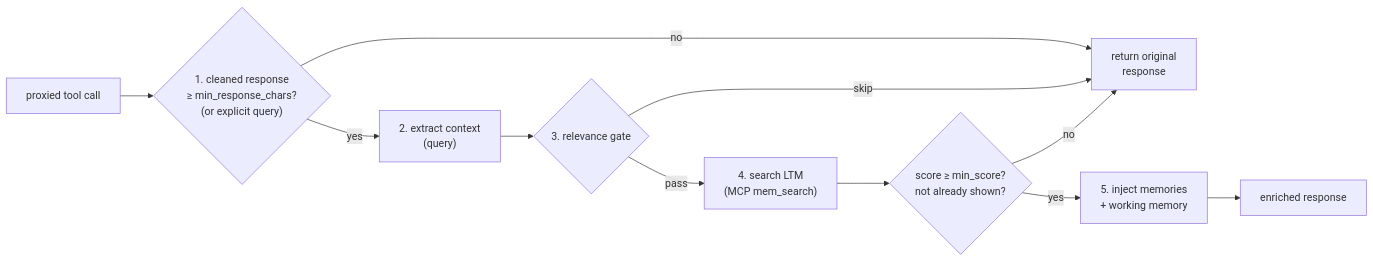
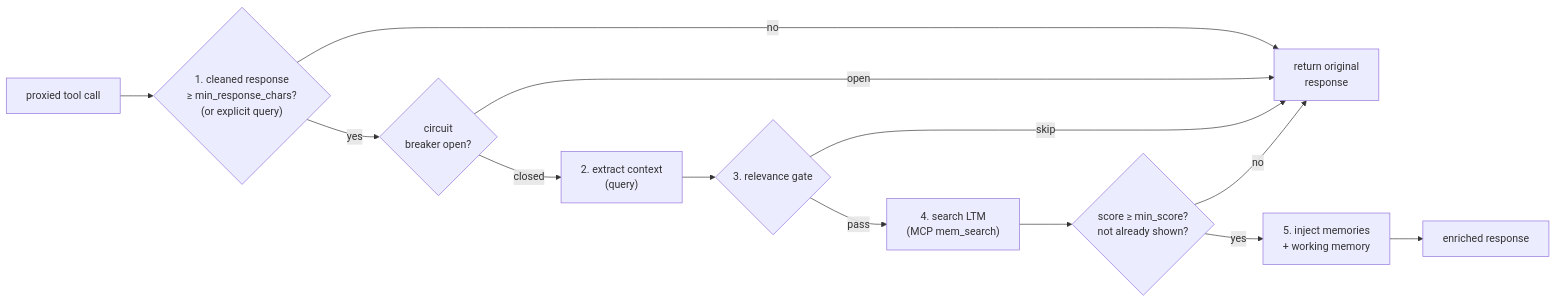
The first of 5 diagrams in docs/surfacing.md (memtomem/memtomem-stm), drawn with Mermaid before and after one commit. The commit also changed 1 other file, not shown here.

Commit message:
docs: de-tautologize template-bypass test + add circuit breaker to overview
Codex round-2 review of PR #679:

- test_query_template_does_not_bypass_short_response_gate used template
  "file {arg.path}" → "file /x.py", only two tokens. Under the default
  min_query_tokens=3 the extractor returns None, so the LTM search would
  not run even if extraction were wrongly moved ahead of the size gate —
  the assertion proved nothing. Switch to "file path {arg.path}" (three
  tokens) and add a long-response control asserting the SAME template DOES
  reach adapter.search, so the short-response skip is attributable to the
  size gate rather than token-floor validation.
- The overview flowchart jumped from the size gate straight to extraction,
  omitting the circuit-breaker stage that surface() checks in between. Add
  the circuit-breaker node so the overview matches the sequence diagram and
  the implementation ordering (size → circuit breaker → extract → gate →
  search).

🤖 Generated with [Claude Code](https://claude.com/claude-code)

````diff
--- a/docs/surfacing.md
+++ b/docs/surfacing.md
@@ -17,13 +17,15 @@
 ```mermaid
 flowchart LR
     Tool["proxied tool call"] --> Size{"1. cleaned response<br/>≥ min_response_chars?<br/>(or explicit query)"}
     Size -->|no| Pass["return original<br/>response"]
-    Size -->|yes| Extract["2. extract context<br/>(query)"]
+    Size -->|yes| CB{"circuit<br/>breaker open?"}
+    CB -->|open| Pass
+    CB -->|closed| Extract["2. extract context<br/>(query)"]
     Extract --> Gate{"3. relevance gate"}
     Gate -->|skip| Pass
     Gate -->|pass| Search["4. search LTM<br/>(MCP mem_search)"]
     Search --> Filter{"score ≥ min_score?<br/>not already shown?"}
     Filter -->|no| Pass
     Filter -->|yes| Inject["5. inject memories<br/>+ working memory"]
     Inject --> Out["enriched response"]
 ```
````
